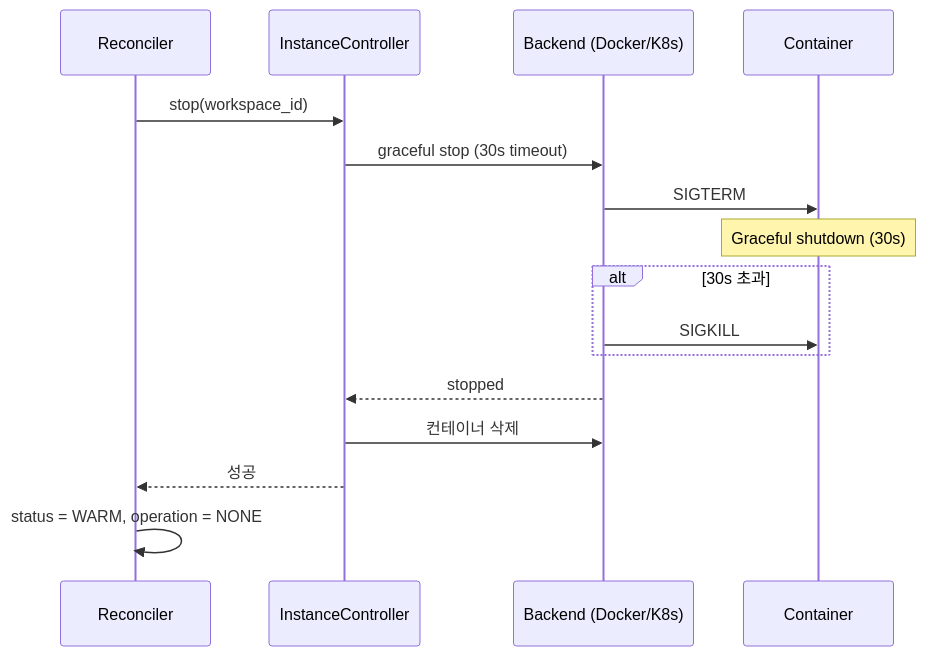
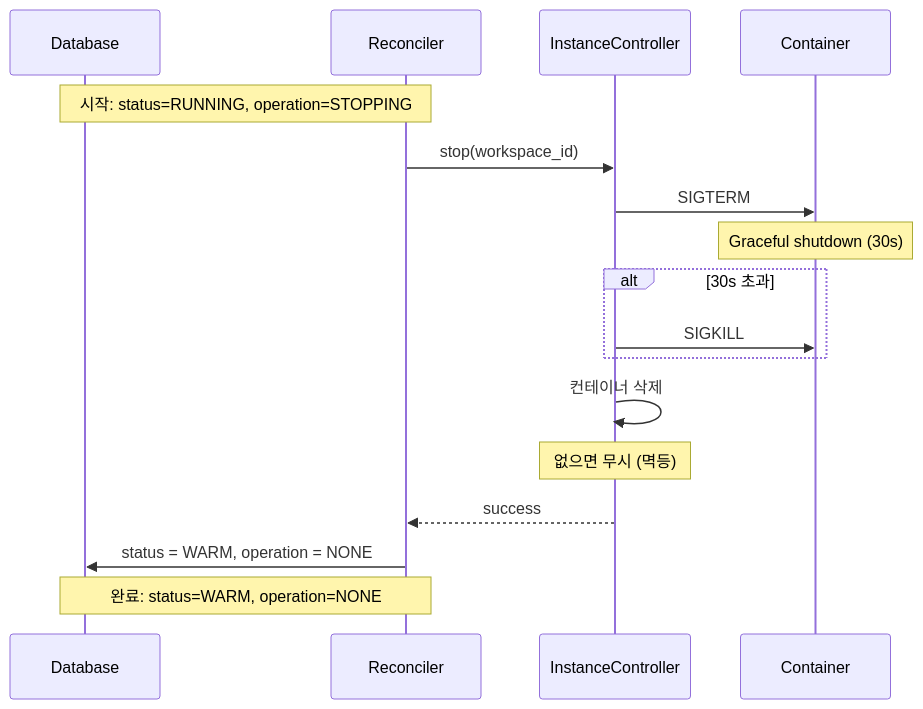
Before and after one commit to cagojeiger/code-hub: the second of 3 diagrams in docs/spec_v2/instance.md, drawn with Mermaid. The commit also changed other lines of this file and 1 other file, not shown here.

````diff
--- a/docs/spec_v2/instance.md
+++ b/docs/spec_v2/instance.md
@@ -112,19 +255,21 @@
 ```mermaid
 sequenceDiagram
+    participant DB as Database
     participant R as Reconciler
     participant I as InstanceController
-    participant B as Backend (Docker/K8s)
     participant C as Container
 
+    Note over DB,R: 시작: status=RUNNING, operation=STOPPING
     R->>I: stop(workspace_id)
-    I->>B: graceful stop (30s timeout)
-    B->>C: SIGTERM
+    I->>C: SIGTERM
     Note over C: Graceful shutdown (30s)
     alt 30s 초과
-        B->>C: SIGKILL
+        I->>C: SIGKILL
     end
-    B-->>I: stopped
-    I->>B: 컨테이너 삭제
-    I-->>R: 성공
-    R->>R: status = WARM, operation = NONE
+    I->>I: 컨테이너 삭제
+    Note over I: 없으면 무시 (멱등)
+    I-->>R: success
+
+    R->>DB: status = WARM, operation = NONE
+    Note over DB,R: 완료: status=WARM, operation=NONE
 ```
````
